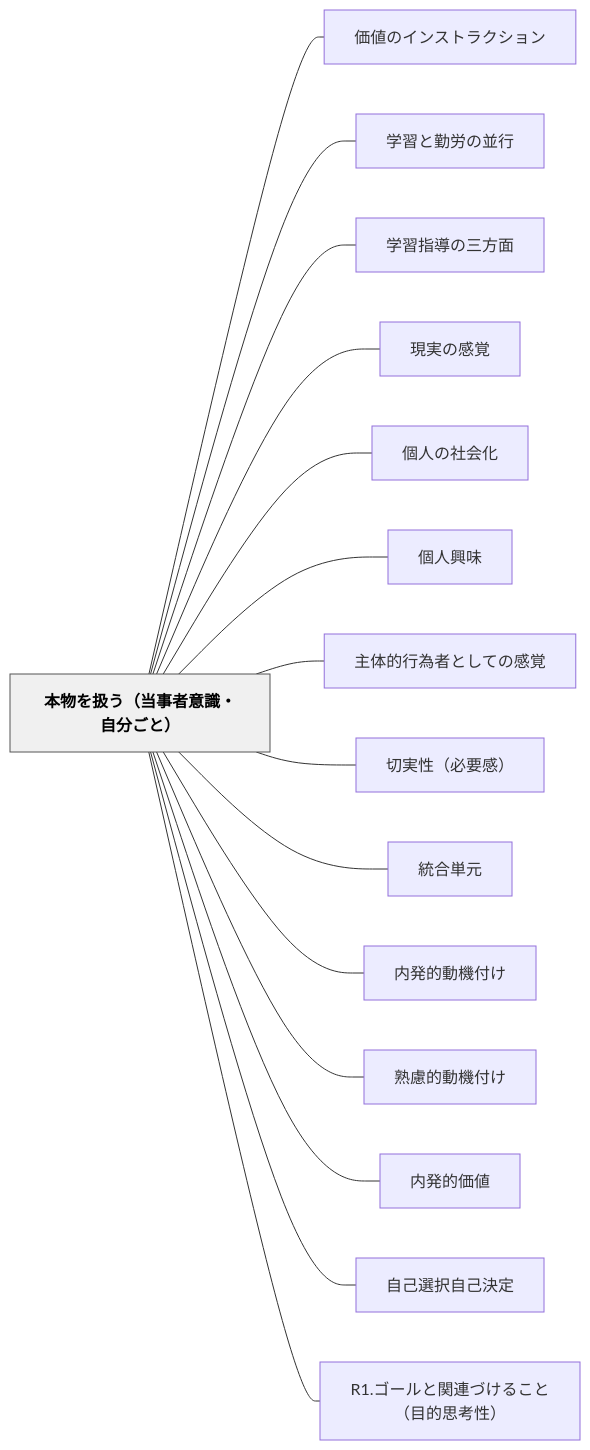
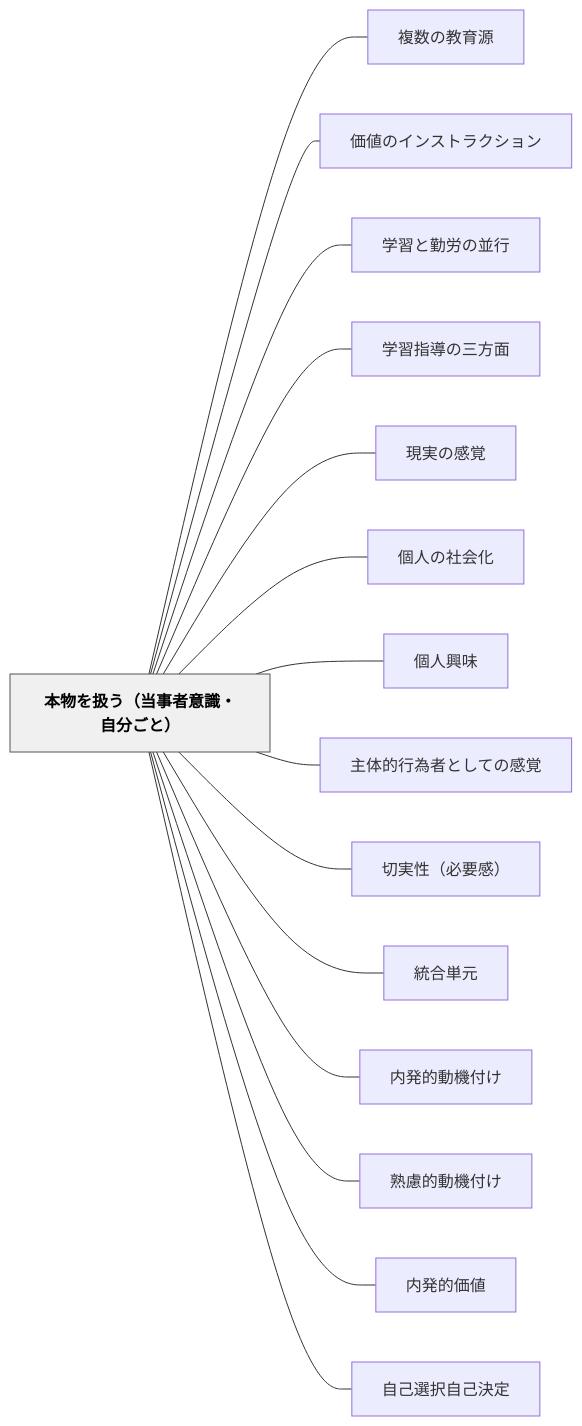
The diagram in content/パタン/本物を扱う（当事者意識・自分ごと）.md (unknownthings-ed-patterns/unknownthings-ed-patterns), drawn with Mermaid before and after one commit. The commit also changed other lines of this file and 16 other files, not shown here.

````diff
--- a/content/パタン/本物を扱う（当事者意識・自分ごと）.md
+++ b/content/パタン/本物を扱う（当事者意識・自分ごと）.md
@@ -37,36 +37,36 @@
 ```mermaid
 flowchart LR
     ne69cace789a9e38292e689b1e38186efbc88e5bd93e4ba8be88085e6848fe8ad98e383bbe887aae58886e38194e381a8efbc89["本物を扱う（当事者意識・自分ごと）"]
+    ne8a487e695b0e381aee69599e882b2e6ba90["複数の教育源"]
     ne4bea1e580a4e381aee382a4e383b3e382b9e38388e383a9e382afe382b7e383a7e383b3["価値のインストラクション"]
     ne5ada6e7bf92e381a8e58ba4e58ab4e381aee4b8a6e8a18c["学習と勤労の並行"]
     ne5ada6e7bf92e68c87e5b08ee381aee4b889e696b9e99da2["学習指導の三方面"]
     ne78fbee5ae9fe381aee6849fe8a69a["現実の感覚"]
     ne5808be4babae381aee7a4bee4bc9ae58c96["個人の社会化"]
     ne5808be4babae88888e591b3["個人興味"]
     ne4b8bbe4bd93e79a84e8a18ce782bae88085e381a8e38197e381a6e381aee6849fe8a69a["主体的行為者としての感覚"]
     ne58887e5ae9fe680a7efbc88e5bf85e8a681e6849fefbc89["切実性（必要感）"]
     ne7b5b1e59088e58d98e58583["統合単元"]
     ne58685e799bae79a84e58b95e6a99fe4bb98e38191["内発的動機付け"]
     ne7869fe685aee79a84e58b95e6a99fe4bb98e38191["熟慮的動機付け"]
     ne58685e799bae79a84e4bea1e580a4["内発的価値"]
     ne887aae5b7b1e981b8e68a9ee887aae5b7b1e6b1bae5ae9a["自己選択自己決定"]
-    n52312ee382b4e383bce383abe381a8e996a2e980a3e381a5e38191e3828be38193e381a8efbc88e79baee79a84e6809de88083e680a7efbc89["R1.ゴールと関連づけること（目的思考性）"]
 
+    ne69cace789a9e38292e689b1e38186efbc88e5bd93e4ba8be88085e6848fe8ad98e383bbe887aae58886e38194e381a8efbc89 --- ne8a487e695b0e381aee69599e882b2e6ba90
     ne69cace789a9e38292e689b1e38186efbc88e5bd93e4ba8be88085e6848fe8ad98e383bbe887aae58886e38194e381a8efbc89 --- ne4bea1e580a4e381aee382a4e383b3e382b9e38388e383a9e382afe382b7e383a7e383b3
     ne69cace789a9e38292e689b1e38186efbc88e5bd93e4ba8be88085e6848fe8ad98e383bbe887aae58886e38194e381a8efbc89 --- ne5ada6e7bf92e381a8e58ba4e58ab4e381aee4b8a6e8a18c
     ne69cace789a9e38292e689b1e38186efbc88e5bd93e4ba8be88085e6848fe8ad98e383bbe887aae58886e38194e381a8efbc89 --- ne5ada6e7bf92e68c87e5b08ee381aee4b889e696b9e99da2
     ne69cace789a9e38292e689b1e38186efbc88e5bd93e4ba8be88085e6848fe8ad98e383bbe887aae58886e38194e381a8efbc89 --- ne78fbee5ae9fe381aee6849fe8a69a
     ne69cace789a9e38292e689b1e38186efbc88e5bd93e4ba8be88085e6848fe8ad98e383bbe887aae58886e38194e381a8efbc89 --- ne5808be4babae381aee7a4bee4bc9ae58c96
     ne69cace789a9e38292e689b1e38186efbc88e5bd93e4ba8be88085e6848fe8ad98e383bbe887aae58886e38194e381a8efbc89 --- ne5808be4babae88888e591b3
     ne69cace789a9e38292e689b1e38186efbc88e5bd93e4ba8be88085e6848fe8ad98e383bbe887aae58886e38194e381a8efbc89 --- ne4b8bbe4bd93e79a84e8a18ce782bae88085e381a8e38197e381a6e381aee6849fe8a69a
     ne69cace789a9e38292e689b1e38186efbc88e5bd93e4ba8be88085e6848fe8ad98e383bbe887aae58886e38194e381a8efbc89 --- ne58887e5ae9fe680a7efbc88e5bf85e8a681e6849fefbc89
     ne69cace789a9e38292e689b1e38186efbc88e5bd93e4ba8be88085e6848fe8ad98e383bbe887aae58886e38194e381a8efbc89 --- ne7b5b1e59088e58d98e58583
     ne69cace789a9e38292e689b1e38186efbc88e5bd93e4ba8be88085e6848fe8ad98e383bbe887aae58886e38194e381a8efbc89 --- ne58685e799bae79a84e58b95e6a99fe4bb98e38191
     ne69cace789a9e38292e689b1e38186efbc88e5bd93e4ba8be88085e6848fe8ad98e383bbe887aae58886e38194e381a8efbc89 --- ne7869fe685aee79a84e58b95e6a99fe4bb98e38191
     ne69cace789a9e38292e689b1e38186efbc88e5bd93e4ba8be88085e6848fe8ad98e383bbe887aae58886e38194e381a8efbc89 --- ne58685e799bae79a84e4bea1e580a4
     ne69cace789a9e38292e689b1e38186efbc88e5bd93e4ba8be88085e6848fe8ad98e383bbe887aae58886e38194e381a8efbc89 --- ne887aae5b7b1e981b8e68a9ee887aae5b7b1e6b1bae5ae9a
-    ne69cace789a9e38292e689b1e38186efbc88e5bd93e4ba8be88085e6848fe8ad98e383bbe887aae58886e38194e381a8efbc89 --- n52312ee382b4e383bce383abe381a8e996a2e980a3e381a5e38191e3828be38193e381a8efbc88e79baee79a84e6809de88083e680a7efbc89
 
     classDef hub fill:#f0f0f0,stroke:#555,color:#000,font-weight:bold
     class ne69cace789a9e38292e689b1e38186efbc88e5bd93e4ba8be88085e6848fe8ad98e383bbe887aae58886e38194e381a8efbc89 hub
 ```
````
